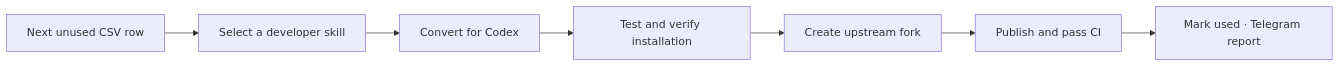
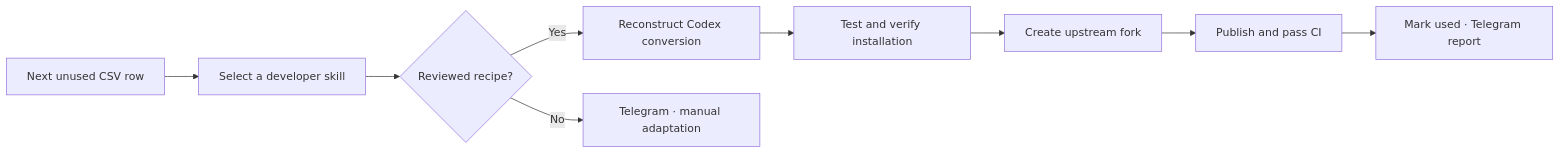
The diagram in README.md (gkmraju/codex-skill-creator), drawn with Mermaid before and after one commit. The commit also changed other lines of this file and 14 other files, not shown here.

````diff
--- a/README.md
+++ b/README.md
@@ -24,9 +24,11 @@
 ```mermaid
 flowchart LR
     A["Next unused CSV row"] --> B["Select a developer skill"]
-    B --> C["Convert for Codex"]
+    B --> R{"Reviewed recipe?"}
+    R -->|Yes| C["Reconstruct Codex conversion"]
+    R -->|No| M["Telegram · manual adaptation"]
     C --> D["Test and verify installation"]
     D --> E["Create upstream fork"]
     E --> F["Publish and pass CI"]
     F --> G["Mark used · Telegram report"]
 ```
````
